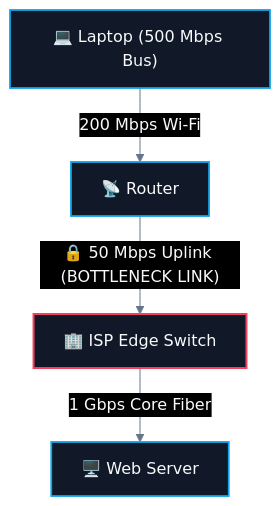
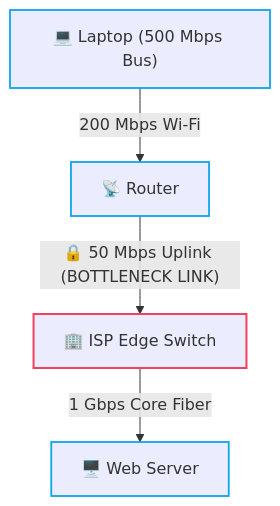
The fourth of 4 diagrams in CS/Computer Networking/01. Architecture & Fundamentals/04. Network Performance - Delay, Latency, Throughput.md (abhinavbharti2345/CS_Notes), drawn with Mermaid before and after one commit. The commit also changed other lines of this file and 91 other files, not shown here.

````diff
--- a/CS/Computer Networking/01. Architecture & Fundamentals/04. Network Performance - Delay, Latency, Throughput.md
+++ b/CS/Computer Networking/01. Architecture & Fundamentals/04. Network Performance - Delay, Latency, Throughput.md
@@ -188,13 +185,12 @@
 ```mermaid
-%%{init: {'theme': 'base', 'themeVariables': { 'darkMode': true, 'background': '#0B0F14', 'mainBkg': '#111827', 'primaryColor': '#111827', 'primaryTextColor': '#F8FAFC', 'primaryBorderColor': '#38BDF8', 'lineColor': '#64748B', 'secondaryColor': '#0B0F14', 'tertiaryColor': '#0B0F14', 'clusterBkg': '#0B0F14', 'clusterBorder': '#38BDF8' }}}%%
 flowchart TD
     Laptop["💻 Laptop (500 Mbps Bus)"]
     -->|"200 Mbps Wi-Fi"| Router["📡 Router"]
     -->|"🔒 50 Mbps Uplink (BOTTLENECK LINK)"| ISP["🏢 ISP Edge Switch"]
     -->|"1 Gbps Core Fiber"| Server["🖥️ Web Server"]
 
-    classDef normal fill:#111827,stroke:#0ea5e9,stroke-width:1.8px,color:#F8FAFC;
-    classDef bottleneck fill:#111827,stroke:#f43f5e,stroke-width:2px,color:#F8FAFC;
+    classDef normal stroke:#0ea5e9,stroke-width:1.8px;
+    classDef bottleneck stroke:#f43f5e,stroke-width:2px;
     class Laptop,Router,Server normal;
     class ISP bottleneck;
 ```
````
